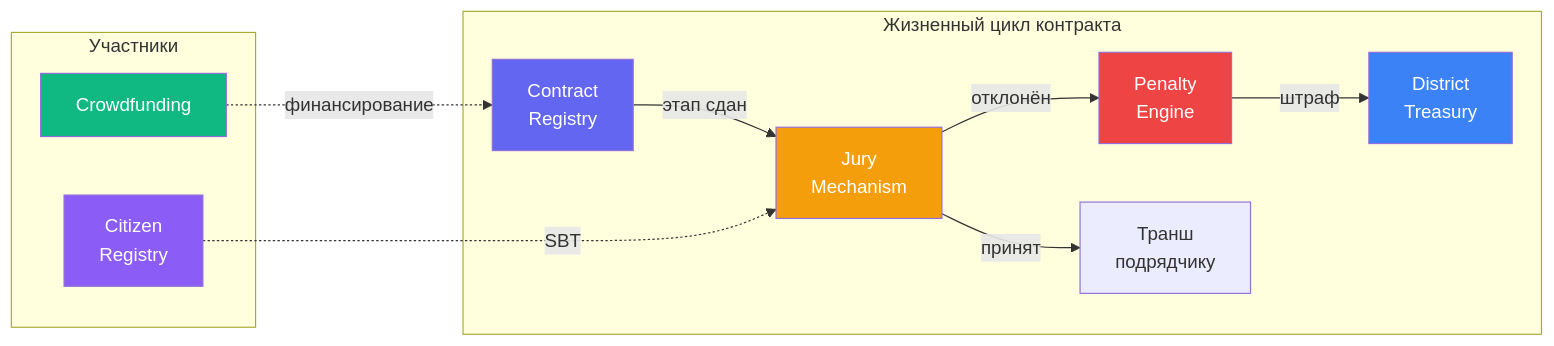
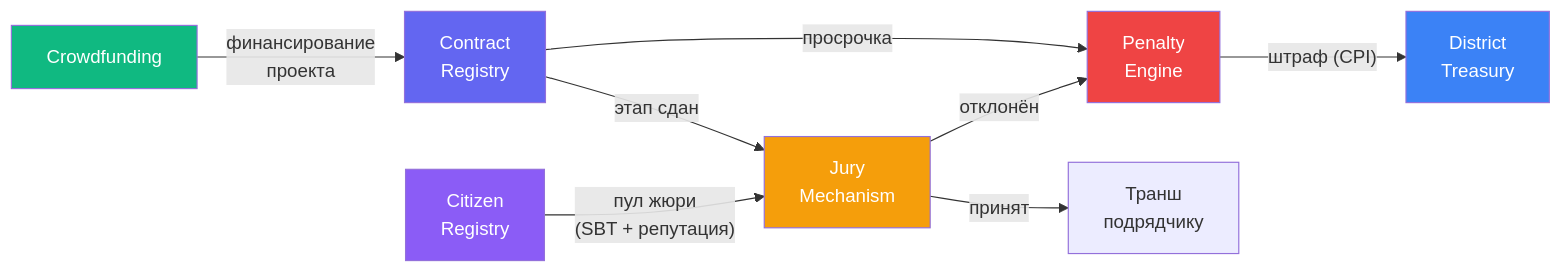
The third of 8 diagrams in README.md (bogachev-alex/city-dao), drawn with Mermaid before and after one commit.

Commit message:
docs: fix smart contract diagram — remove misleading grouping
All 6 Anchor programs shown as equal nodes without artificial
"lifecycle" vs "participants" split. Added explanatory note about
CPI calls and data flow between programs.

````diff
--- a/README.md
+++ b/README.md
@@ -119,21 +119,17 @@
 ```mermaid
 graph LR
-    subgraph "Жизненный цикл контракта"
-        A["Contract<br/>Registry"] -->|этап сдан| B["Jury<br/>Mechanism"]
-        B -->|отклонён| C["Penalty<br/>Engine"]
-        C -->|штраф| D["District<br/>Treasury"]
-        B -->|принят| E["Транш<br/>подрядчику"]
-    end
-
-    subgraph "Участники"
-        F["Citizen<br/>Registry"] -.->|SBT| B
-        G["Crowdfunding"] -.->|финансирование| A
-    end
+    G["Crowdfunding"] -->|"финансирование<br/>проекта"| A
+    A["Contract<br/>Registry"] -->|"этап сдан"| B["Jury<br/>Mechanism"]
+    F["Citizen<br/>Registry"] -->|"пул жюри<br/>(SBT + репутация)"| B
+    B -->|"принят"| E["Транш<br/>подрядчику"]
+    B -->|"отклонён"| C["Penalty<br/>Engine"]
+    A -->|"просрочка"| C
+    C -->|"штраф (CPI)"| D["District<br/>Treasury"]
 
     style A fill:#6366f1,color:#fff
     style B fill:#f59e0b,color:#fff
     style C fill:#ef4444,color:#fff
     style D fill:#3b82f6,color:#fff
     style G fill:#10b981,color:#fff
     style F fill:#8b5cf6,color:#fff
 ```
````
